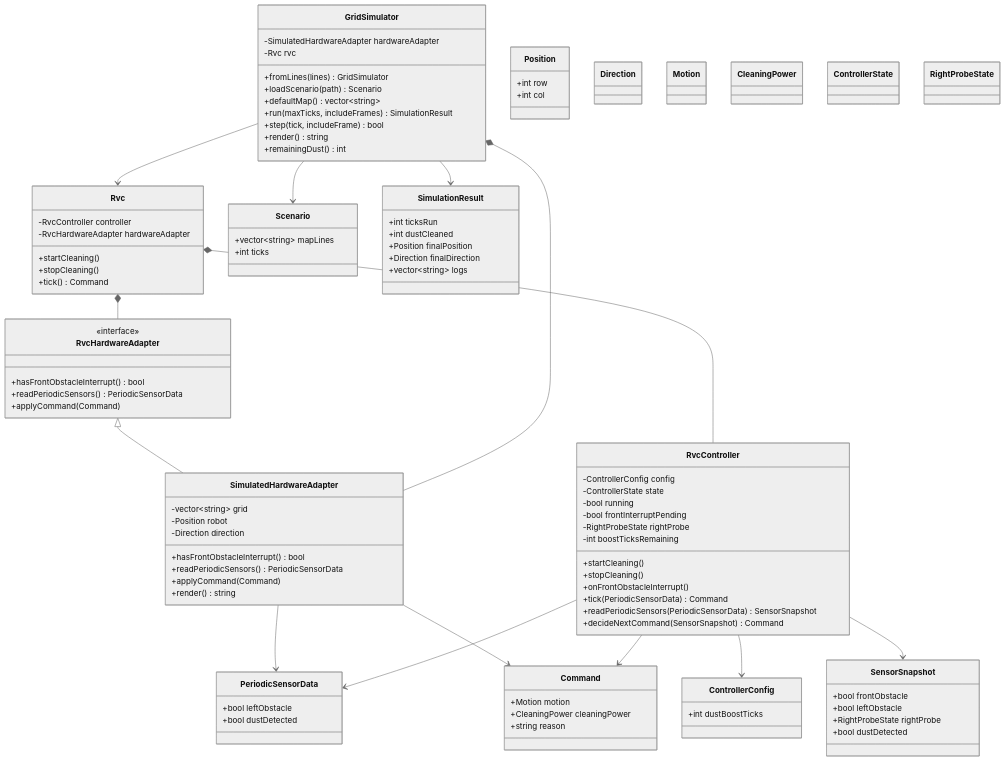
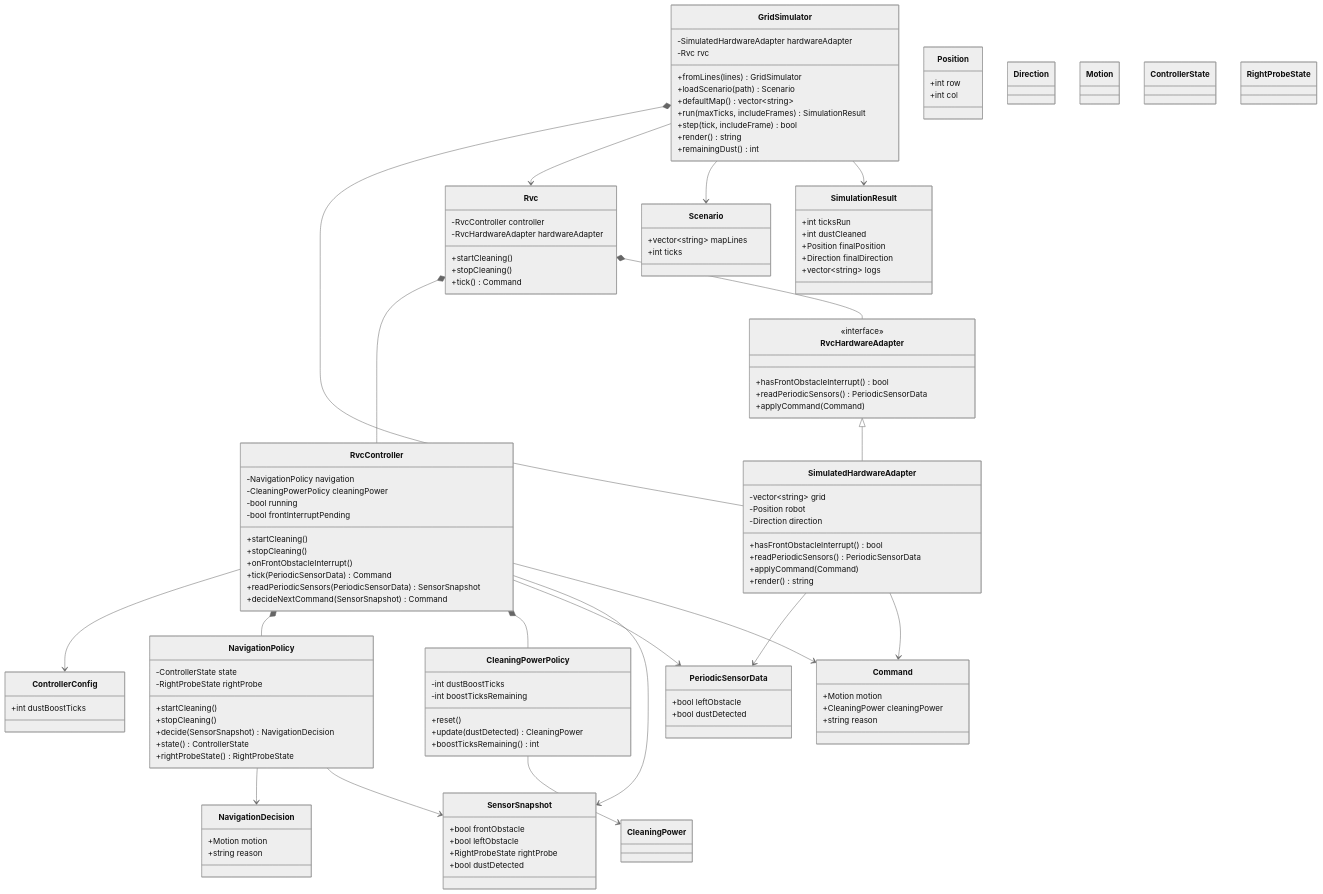
Before and after one commit to reload02/ooad-vibe: the diagram in docs/ood_class_diagram.md, drawn with Mermaid (neutral theme). The commit also changed other lines of this file and 9 other files, not shown here.

Commit message:
Refactor RvcController to integrate NavigationPolicy and CleaningPowerPolicy; add new policy classes and update related tests

```diff
--- a/docs/ood_class_diagram.md
+++ b/docs/ood_class_diagram.md
@@ -18,18 +18,39 @@
     }
 
     class RvcController {
-        -ControllerConfig config
-        -ControllerState state
+        -NavigationPolicy navigation
+        -CleaningPowerPolicy cleaningPower
         -bool running
         -bool frontInterruptPending
-        -RightProbeState rightProbe
-        -int boostTicksRemaining
         +startCleaning()
         +stopCleaning()
         +onFrontObstacleInterrupt()
         +tick(PeriodicSensorData) Command
         +readPeriodicSensors(PeriodicSensorData) SensorSnapshot
         +decideNextCommand(SensorSnapshot) Command
+    }
+
+    class NavigationPolicy {
+        -ControllerState state
+        -RightProbeState rightProbe
+        +startCleaning()
+        +stopCleaning()
+        +decide(SensorSnapshot) NavigationDecision
+        +state() ControllerState
+        +rightProbeState() RightProbeState
+    }
+
+    class CleaningPowerPolicy {
+        -int dustBoostTicks
+        -int boostTicksRemaining
+        +reset()
+        +update(dustDetected) CleaningPower
+        +boostTicksRemaining() int
+    }
+
+    class NavigationDecision {
+        +Motion motion
+        +string reason
     }
 
     class ControllerConfig {
@@ -113,9 +134,14 @@
     SimulatedHardwareAdapter --> PeriodicSensorData
     SimulatedHardwareAdapter --> Command
     RvcController --> ControllerConfig
+    RvcController *-- NavigationPolicy
+    RvcController *-- CleaningPowerPolicy
     RvcController --> PeriodicSensorData
     RvcController --> SensorSnapshot
     RvcController --> Command
+    NavigationPolicy --> NavigationDecision
+    NavigationPolicy --> SensorSnapshot
+    CleaningPowerPolicy --> CleaningPower
     GridSimulator *-- SimulatedHardwareAdapter
     GridSimulator --> Rvc
     GridSimulator --> Scenario
```
